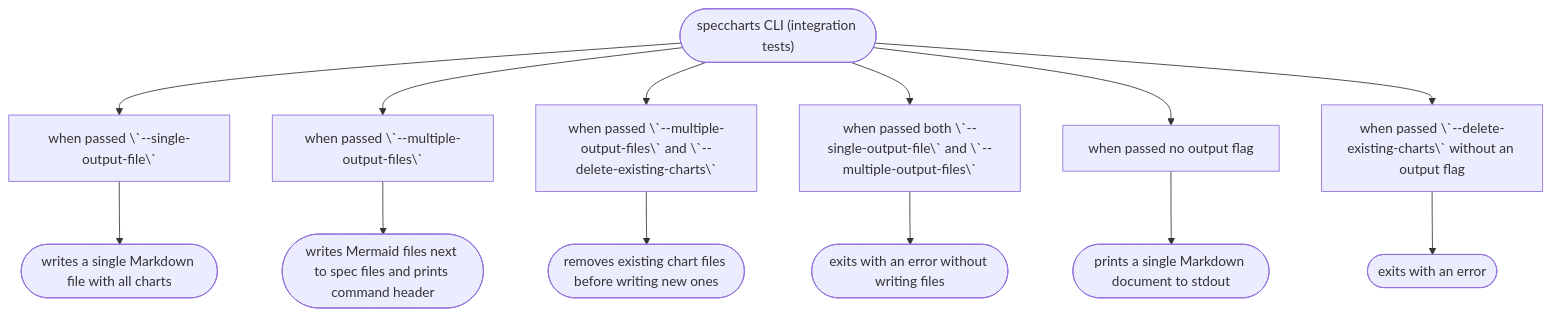
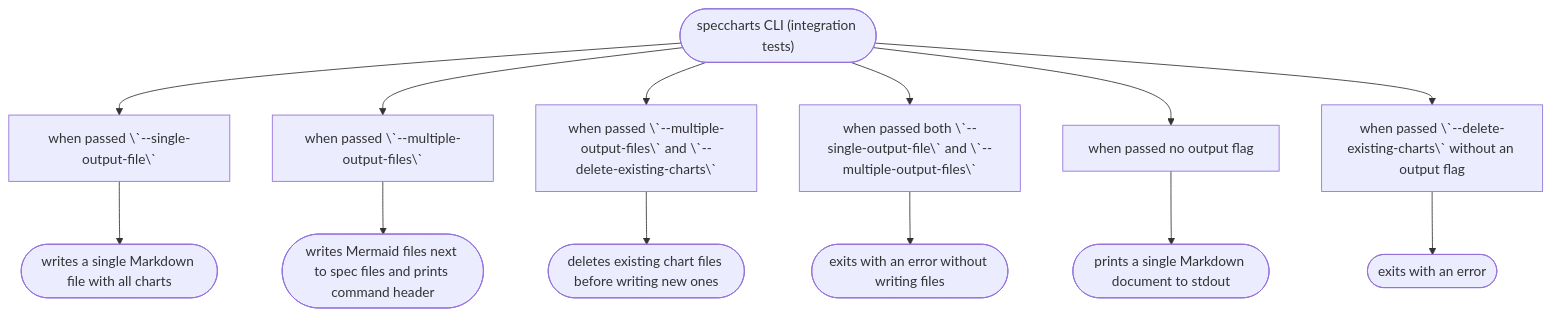
Before and after one commit to arnaudrenaud/speccharts: the seventh of 8 diagrams in speccharts.md, drawn with Mermaid. The commit also changed other lines of this file, not shown here.

````diff
--- a/speccharts.md
+++ b/speccharts.md
@@ -157,28 +157,28 @@
 ```mermaid
 flowchart TD
 N0(["speccharts CLI (integration tests)"])
 N1["when passed \`--single-output-file\`"]
 N0 --> N1
 N2(["writes a single Markdown file with all charts"])
 N1 --> N2
 N3["when passed \`--multiple-output-files\`"]
 N0 --> N3
 N4(["writes Mermaid files next to spec files and prints command header"])
 N3 --> N4
 N5["when passed \`--multiple-output-files\` and \`--delete-existing-charts\`"]
 N0 --> N5
-N6(["removes existing chart files before writing new ones"])
+N6(["deletes existing chart files before writing new ones"])
 N5 --> N6
 N7["when passed both \`--single-output-file\` and \`--multiple-output-files\`"]
 N0 --> N7
 N8(["exits with an error without writing files"])
 N7 --> N8
 N9["when passed no output flag"]
 N0 --> N9
 N10(["prints a single Markdown document to stdout"])
 N9 --> N10
 N11["when passed \`--delete-existing-charts\` without an output flag"]
 N0 --> N11
 N12(["exits with an error"])
 N11 --> N12
 ```
````
